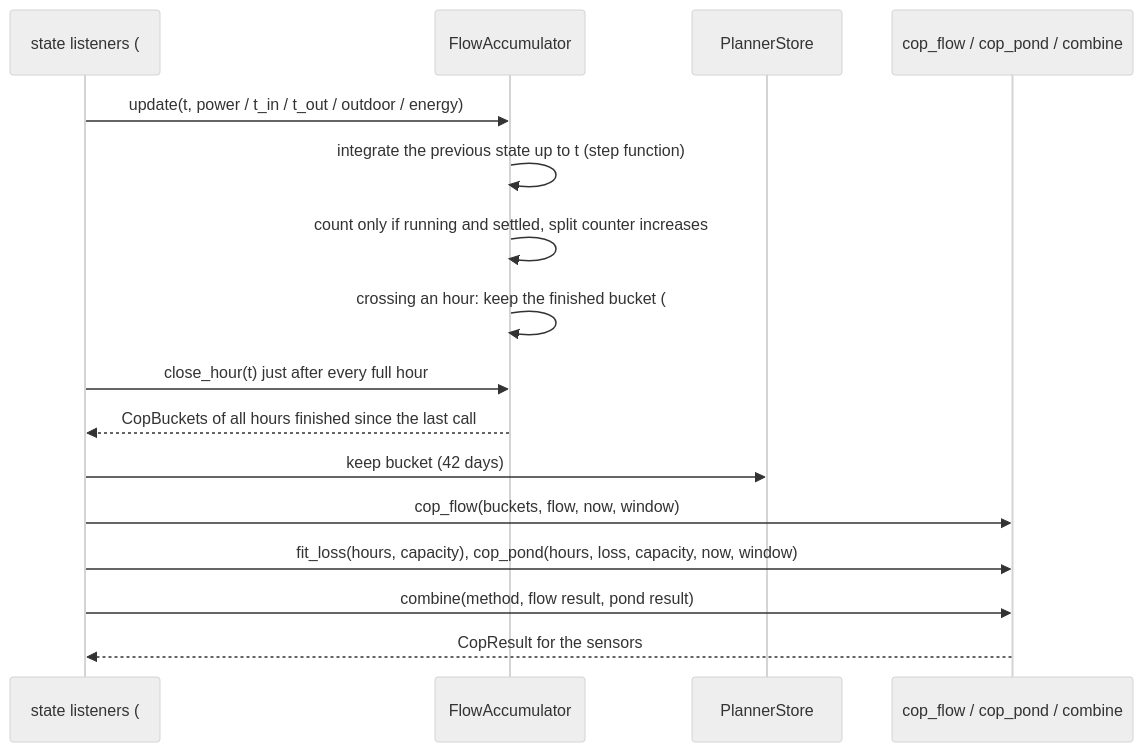
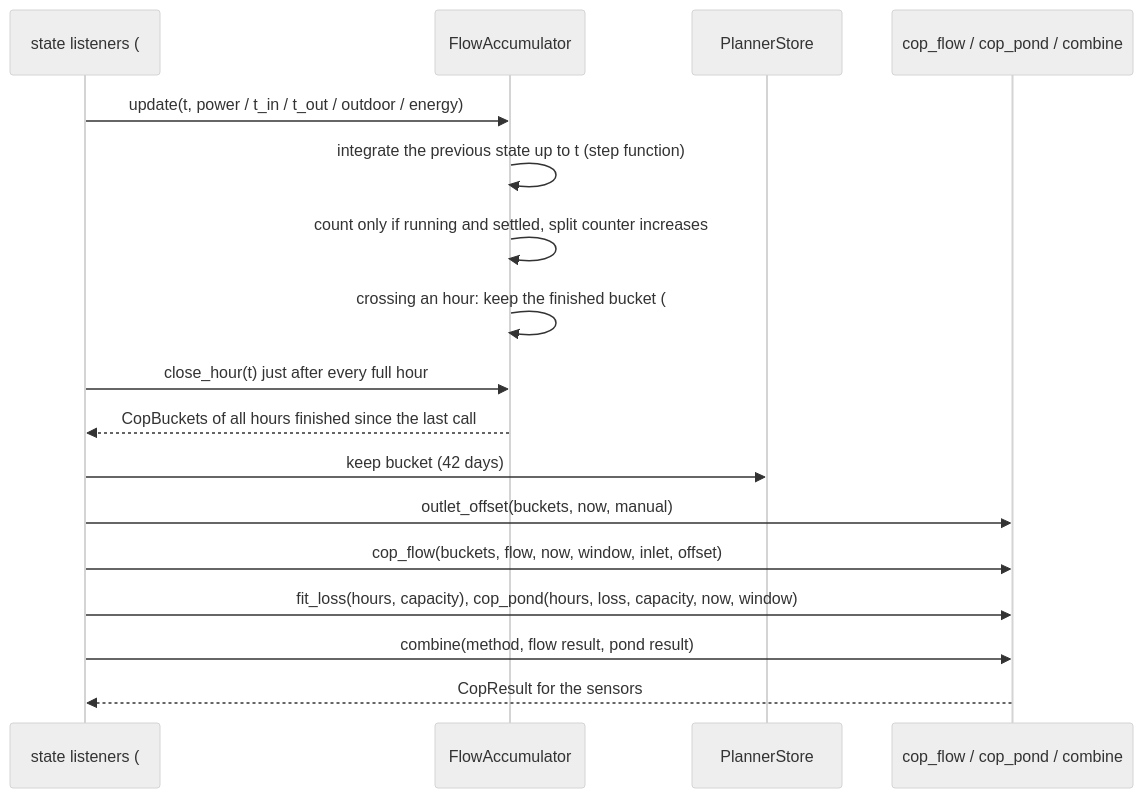
One commit to abroeders/pond-heatpump-price-planner changed diagram 11 of 25 in docs/architecture.md. Above: the diagram before and after it, drawn with Mermaid (neutral theme). The commit also changed other lines of this file and 4 other files, not shown here.

Commit message:
docs: COP inlet and outlet calibration (#32)

````diff
--- a/docs/architecture.md
+++ b/docs/architecture.md
@@ -510,18 +520,19 @@
 ```mermaid
 sequenceDiagram
     participant HA as state listeners (#5)
     participant Acc as FlowAccumulator
     participant Store as PlannerStore
     participant Calc as cop_flow / cop_pond / combine
     HA->>Acc: update(t, power / t_in / t_out / outdoor / energy)
     Acc->>Acc: integrate the previous state up to t (step function)
     Acc->>Acc: count only if running and settled, split counter increases
     Acc->>Acc: crossing an hour: keep the finished bucket (#30)
     HA->>Acc: close_hour(t) just after every full hour
     Acc-->>HA: CopBuckets of all hours finished since the last call
     HA->>Store: keep bucket (42 days)
-    HA->>Calc: cop_flow(buckets, flow, now, window)
+    HA->>Calc: outlet_offset(buckets, now, manual)
+    HA->>Calc: cop_flow(buckets, flow, now, window, inlet, offset)
     HA->>Calc: fit_loss(hours, capacity), cop_pond(hours, loss, capacity, now, window)
     HA->>Calc: combine(method, flow result, pond result)
     Calc-->>HA: CopResult for the sensors
 ```
````
